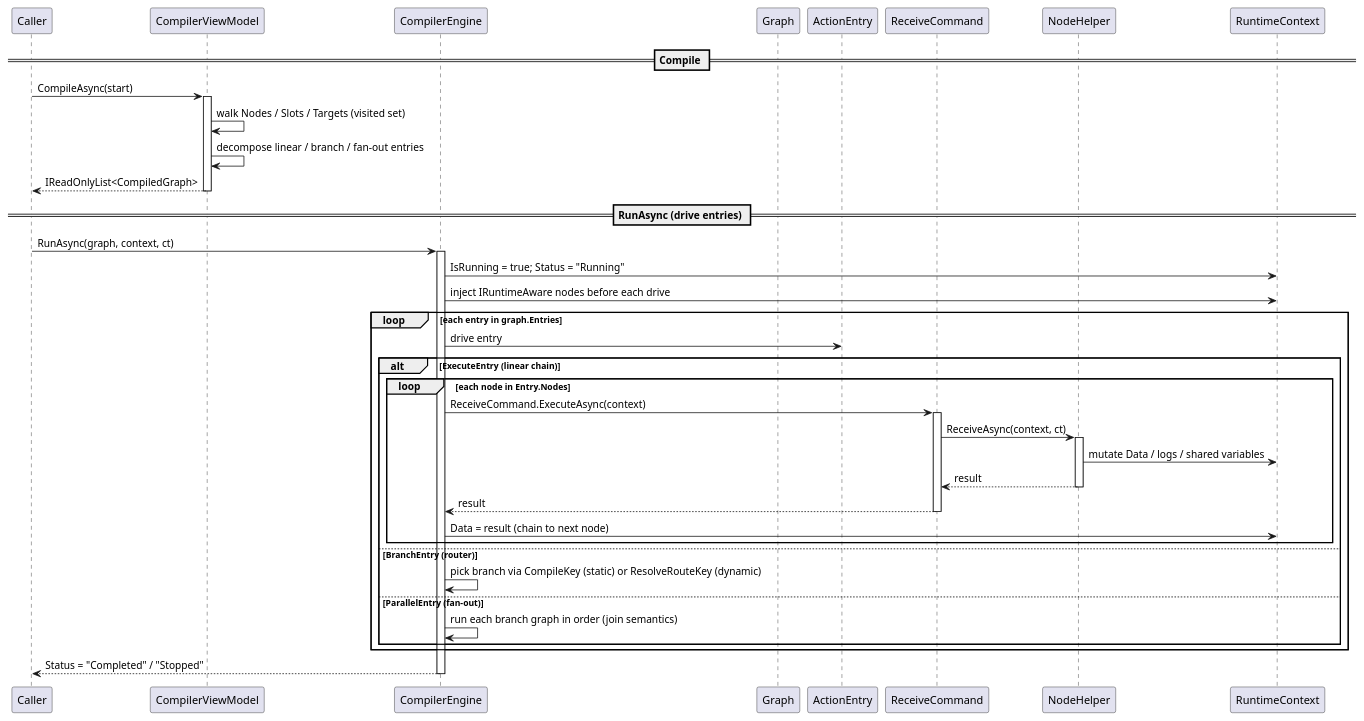
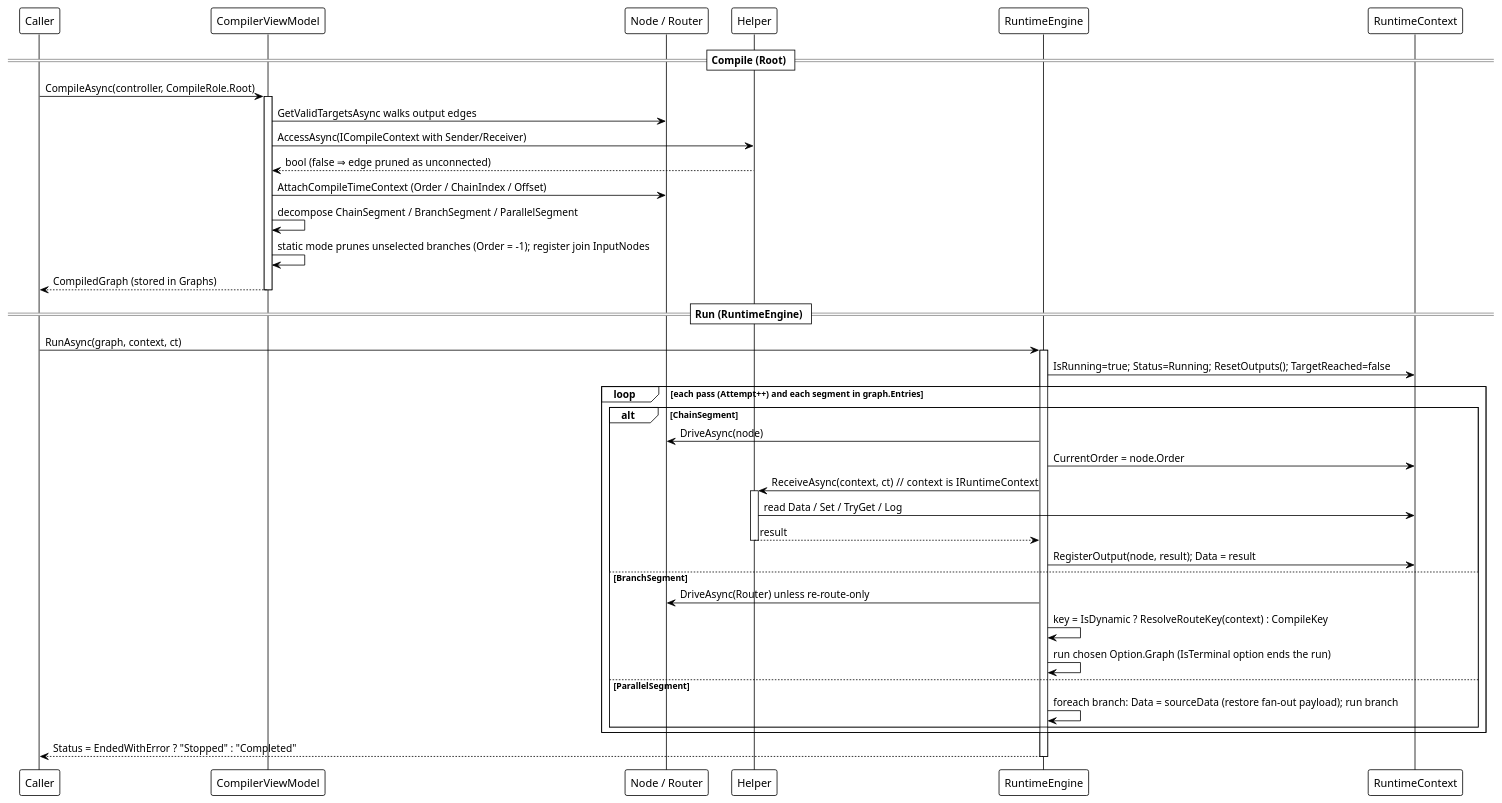
The second of 5 diagrams in src/CloudGlyph/Assets/Docs/content/en/3_SE_Analysis/03_data-flow/00_workflow-system/index.md (Axvser/VeloxDev.Docs), drawn with PlantUML before and after one commit. The commit also changed other lines of this file and 443 other files, not shown here.

````diff
--- a/src/CloudGlyph/Assets/Docs/content/en/3_SE_Analysis/03_data-flow/00_workflow-system/index.md
+++ b/src/CloudGlyph/Assets/Docs/content/en/3_SE_Analysis/03_data-flow/00_workflow-system/index.md
@@ -65,49 +60,48 @@
 ```plantuml
 @startuml
-    participant Caller
+!theme plain
+participant Caller
 participant "CompilerViewModel" as Compiler
-participant "CompilerEngine" as Engine
-    participant Graph as CompiledGraph
-participant "ActionEntry" as Entry
-participant "ReceiveCommand" as Cmd
-participant "NodeHelper" as Helper
+participant "Node / Router" as Node
+participant "Helper" as Helper
+participant "RuntimeEngine" as Engine
 participant "RuntimeContext" as Context
 
-    == Compile ==
-    Caller -> Compiler: CompileAsync(start)
-    activate Compiler
-    Compiler -> Compiler: walk Nodes / Slots / Targets (visited set)
-    Compiler -> Compiler: decompose linear / branch / fan-out entries
-    Compiler --> Caller: IReadOnlyList<CompiledGraph>
-    deactivate Compiler
+== Compile (Root) ==
+Caller -> Compiler: CompileAsync(controller, CompileRole.Root)
+activate Compiler
+Compiler -> Node: GetValidTargetsAsync walks output edges
+Compiler -> Helper: AccessAsync(ICompileContext with Sender/Receiver)
+Helper --> Compiler: bool (false ⇒ edge pruned as unconnected)
+Compiler -> Node: AttachCompileTimeContext (Order / ChainIndex / Offset)
+Compiler -> Compiler: decompose ChainSegment / BranchSegment / ParallelSegment
+Compiler -> Compiler: static mode prunes unselected branches (Order = -1); register join InputNodes
+Compiler --> Caller: CompiledGraph (stored in Graphs)
+deactivate Compiler
 
-    == RunAsync (drive entries) ==
-    Caller -> Engine: RunAsync(graph, context, ct)
-    activate Engine
-    Engine -> Context: IsRunning = true; Status = "Running"
-    Engine -> Context: inject IRuntimeAware nodes before each drive
-    loop each entry in graph.Entries
-        Engine -> Entry: drive entry
-        alt ExecuteEntry (linear chain)
-            loop each node in Entry.Nodes
-                Engine -> Cmd: ReceiveCommand.ExecuteAsync(context)
-                activate Cmd
-                Cmd -> Helper: ReceiveAsync(context, ct)
-                activate Helper
-                Helper -> Context: mutate Data / logs / shared variables
-                Helper --> Cmd: result
-                deactivate Helper
-                Cmd --> Engine: result
-                deactivate Cmd
-                Engine -> Context: Data = result (chain to next node)
-            end
-        else BranchEntry (router)
-            Engine -> Engine: pick branch via CompileKey (static) or ResolveRouteKey (dynamic)
-        else ParallelEntry (fan-out)
-            Engine -> Engine: run each branch graph in order (join semantics)
-        end
+== Run (RuntimeEngine) ==
+Caller -> Engine: RunAsync(graph, context, ct)
+activate Engine
+Engine -> Context: IsRunning=true; Status=Running; ResetOutputs(); TargetReached=false
+loop each pass (Attempt++) and each segment in graph.Entries
+    alt ChainSegment
+        Engine -> Node: DriveAsync(node)
+        Engine -> Context: CurrentOrder = node.Order
+        Engine -> Helper: ReceiveAsync(context, ct)   // context is IRuntimeContext
+        activate Helper
+        Helper -> Context: read Data / Set / TryGet / Log
+        Helper --> Engine: result
+        deactivate Helper
+        Engine -> Context: RegisterOutput(node, result); Data = result
+    else BranchSegment
+        Engine -> Node: DriveAsync(Router) unless re-route-only
+        Engine -> Engine: key = IsDynamic ? ResolveRouteKey(context) : CompileKey
+        Engine -> Engine: run chosen Option.Graph (IsTerminal option ends the run)
+    else ParallelSegment
+        Engine -> Engine: foreach branch: Data = sourceData (restore fan-out payload); run branch
     end
-    Engine --> Caller: Status = "Completed" / "Stopped"
-    deactivate Engine
+end
+Engine --> Caller: Status = EndedWithError ? "Stopped" : "Completed"
+deactivate Engine
 @enduml
 ```
````
